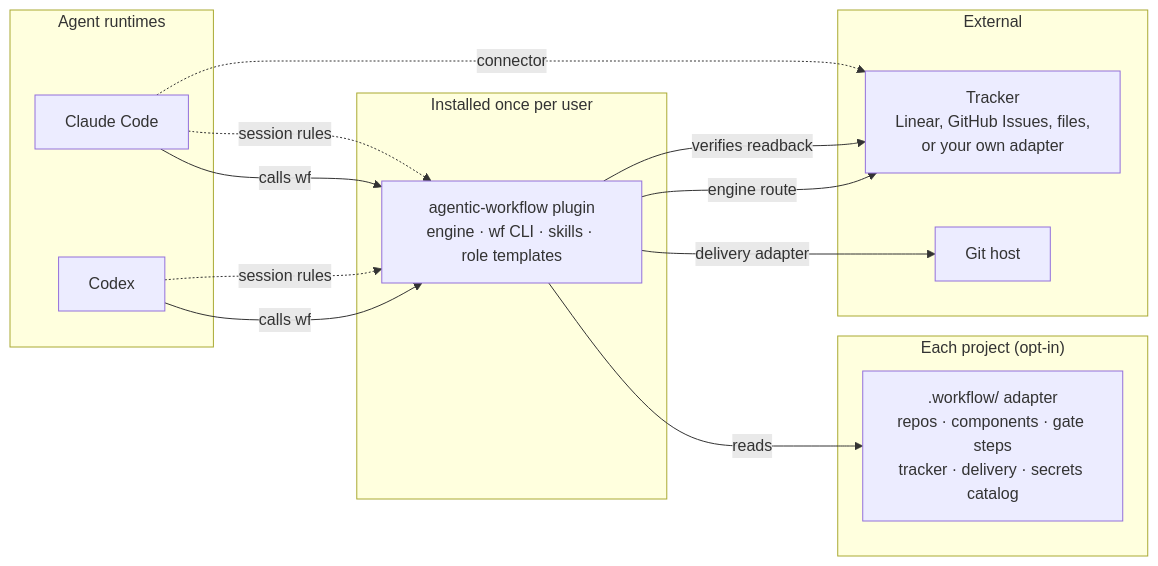
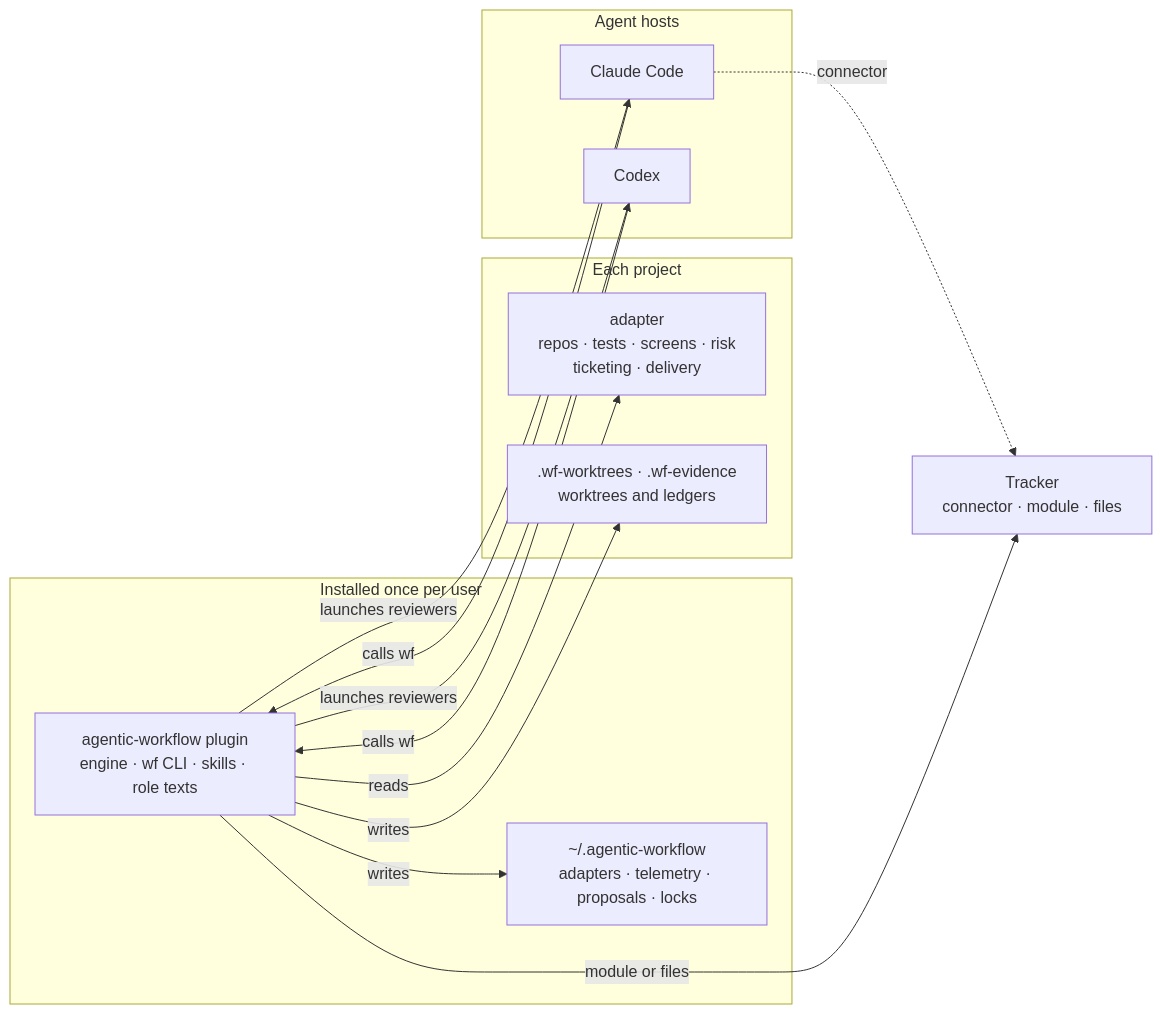
Before and after one commit to o-m-a-r-k/agentic-workflow: the diagram in docs/concepts.md, drawn with Mermaid. The commit also changed other lines of this file and 259 other files, not shown here.

````diff
--- a/docs/concepts.md
+++ b/docs/concepts.md
@@ -16,26 +17,25 @@
 ```mermaid
 flowchart LR
   subgraph User["Installed once per user"]
-    P["agentic-workflow plugin<br/>engine · wf CLI · skills · role templates"]
+    P["agentic-workflow plugin<br/>engine · wf CLI · skills · role texts"]
+    U["~/.agentic-workflow<br/>adapters · telemetry · proposals · locks"]
   end
-  subgraph Project["Each project (opt-in)"]
-    A[".workflow/ adapter<br/>repos · components · gate steps<br/>tracker · delivery · secrets catalog"]
+  subgraph Project["Each project"]
+    A["adapter<br/>repos · tests · screens · risk<br/>ticketing · delivery"]
+    W[".wf-worktrees · .wf-evidence<br/>worktrees and ledgers"]
   end
-  subgraph Runtimes["Agent runtimes"]
+  subgraph Runtimes["Agent hosts"]
     C["Claude Code"]
     X["Codex"]
   end
-  subgraph Outside["External"]
-    T["Tracker<br/>Linear, GitHub Issues, files,<br/>or your own adapter"]
-    G["Git host"]
-  end
+  T["Tracker<br/>connector · module · files"]
   P -- reads --> A
+  P -- writes --> W
+  P -- writes --> U
   C -- calls wf --> P
   X -- calls wf --> P
-  C -. session rules .-> P
-  X -. session rules .-> P
-  P -- delivery adapter --> G
+  P -- launches reviewers --> C
+  P -- launches reviewers --> X
   C -. connector .-> T
-  P -- engine route --> T
-  P -- verifies readback --> T
+  P -- module or files --> T
 ```
````
